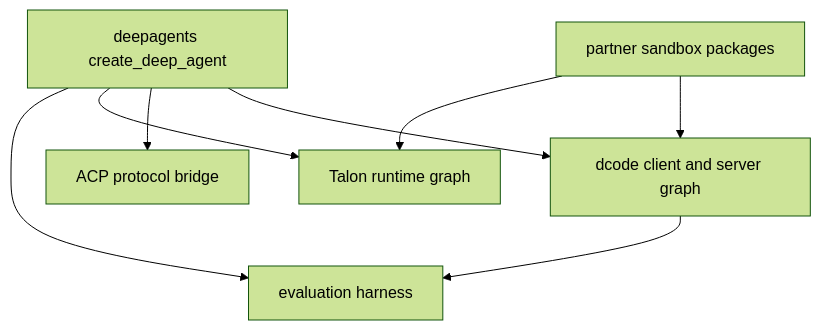
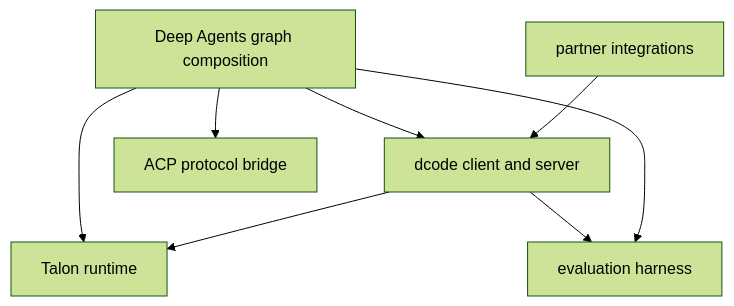
One commit to langchain-ai/deepagents changed the first of 2 diagrams in openwiki/architecture/source-map.md. Above: the diagram before and after it, drawn with Mermaid (forest theme). The commit also changed other lines of this file and 39 other files, not shown here.

````diff
--- a/openwiki/architecture/source-map.md
+++ b/openwiki/architecture/source-map.md
@@ -105,10 +109,10 @@
 ```mermaid
 flowchart TD
-  SDK["deepagents create_deep_agent"] --> Code["dcode client and server graph"]
+  SDK["Deep Agents graph composition"] --> Dcode["dcode client and server"]
   SDK --> ACP["ACP protocol bridge"]
-  SDK --> Talon["Talon runtime graph"]
-  Partners["partner sandbox packages"] --> Code
-  Partners --> Talon
-  Code --> Evals["evaluation harness"]
+  SDK --> Talon["Talon runtime"]
+  Partners["partner integrations"] --> Dcode
+  Dcode --> Talon
+  Dcode --> Evals["evaluation harness"]
   SDK --> Evals
 ```
````
